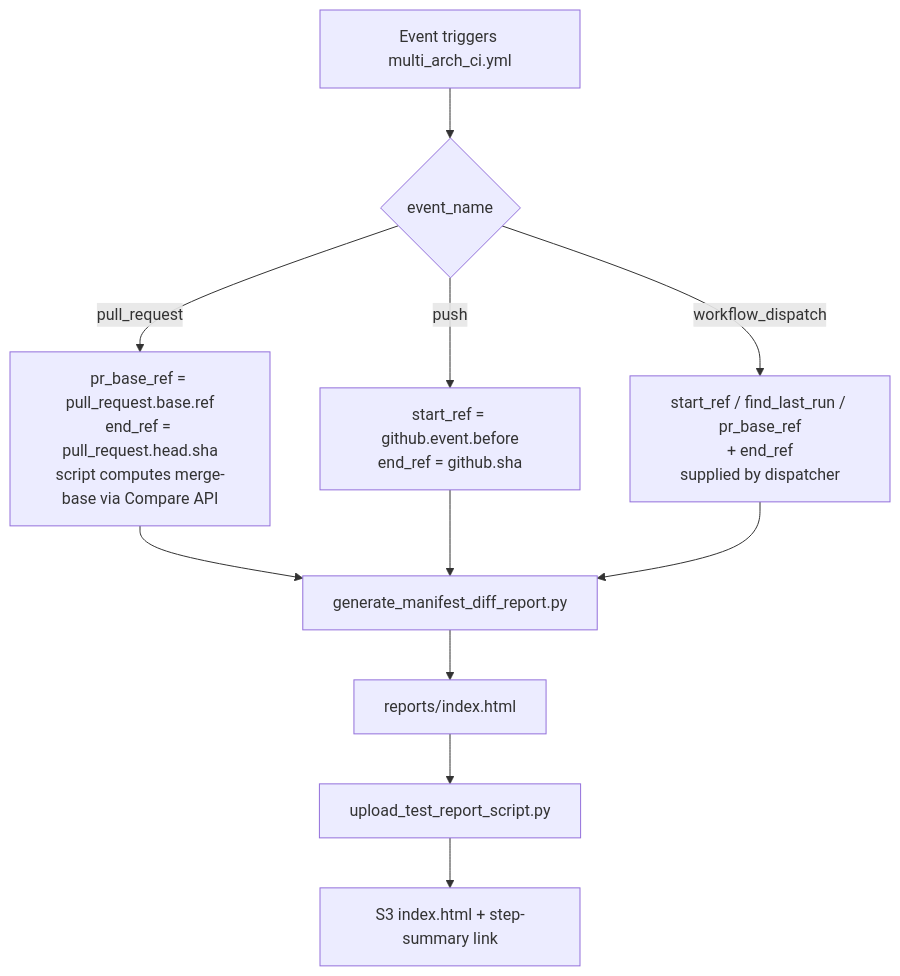
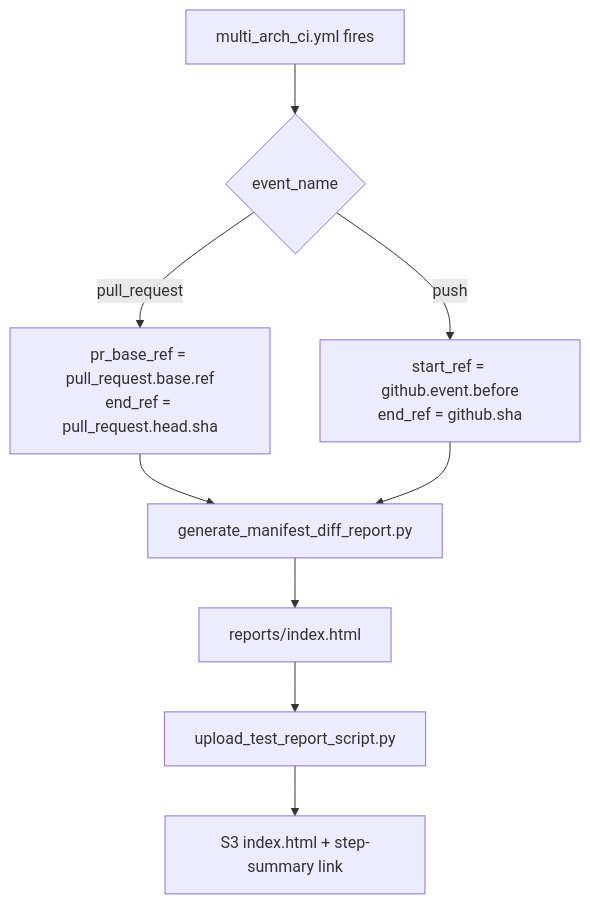
One commit to ROCm/TheRock changed the diagram in docs/development/manifest_diff.md. Above: the diagram before and after it, drawn with Mermaid. The commit also changed other lines of this file and 4 other files, not shown here.

````diff
--- a/docs/development/manifest_diff.md
+++ b/docs/development/manifest_diff.md
@@ -15,13 +15,11 @@
 ```mermaid
 flowchart TD
-    A[Event triggers multi_arch_ci.yml] --> B{event_name}
-    B -- pull_request --> P[pr_base_ref = pull_request.base.ref<br/>end_ref = pull_request.head.sha<br/>script computes merge-base via Compare API]
+    A[multi_arch_ci.yml fires] --> B{event_name}
+    B -- pull_request --> P[pr_base_ref = pull_request.base.ref<br/>end_ref = pull_request.head.sha]
     B -- push --> U[start_ref = github.event.before<br/>end_ref = github.sha]
-    B -- workflow_dispatch --> D[start_ref / find_last_run / pr_base_ref<br/>+ end_ref<br/>supplied by dispatcher]
     P --> G[generate_manifest_diff_report.py]
     U --> G
-    D --> G
     G --> R[reports/index.html]
     R --> O[upload_test_report_script.py]
     O --> H[S3 index.html + step-summary link]
 ```
````
